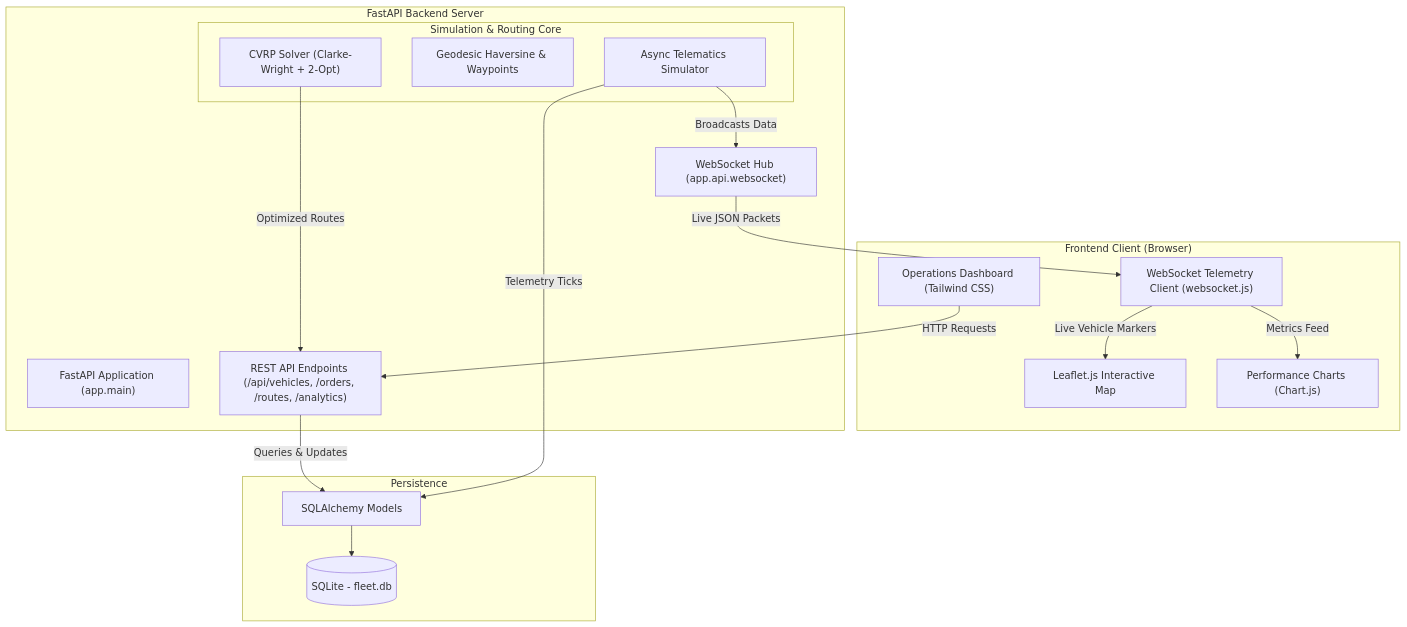
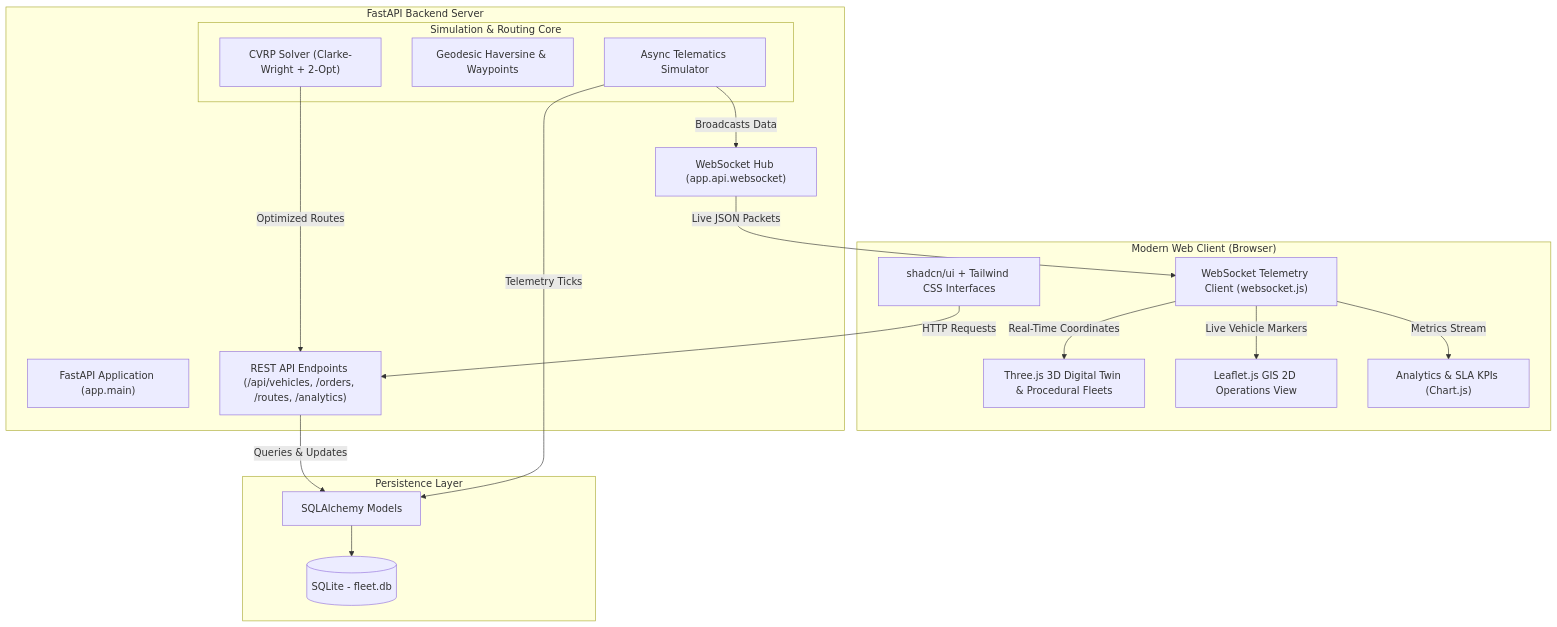
Before and after one commit to sighlars/university-of-ibadan-fleet-management: the diagram in README.md, drawn with Mermaid. The commit also changed other lines of this file and 2 other files, not shown here.

````diff
--- a/README.md
+++ b/README.md
@@ -110,36 +116,38 @@
 ```mermaid
 flowchart TD
-    subgraph Frontend["Frontend Client (Browser)"]
-        UI["Operations Dashboard (Tailwind CSS)"]
-        Map["Leaflet.js Interactive Map"]
+    subgraph Frontend["Modern Web Client (Browser)"]
+        UI["shadcn/ui + Tailwind CSS Interfaces"]
+        Twin["Three.js 3D Digital Twin & Procedural Fleets"]
+        Map["Leaflet.js GIS 2D Operations View"]
         WS["WebSocket Telemetry Client (websocket.js)"]
-        Charts["Performance Charts (Chart.js)"]
+        Charts["Analytics & SLA KPIs (Chart.js)"]
     end
 
     subgraph Backend["FastAPI Backend Server"]
         App["FastAPI Application (app.main)"]
         REST["REST API Endpoints (/api/vehicles, /orders, /routes, /analytics)"]
         WSMgr["WebSocket Hub (app.api.websocket)"]
         
         subgraph Engine["Simulation & Routing Core"]
             CVRP["CVRP Solver (Clarke-Wright + 2-Opt)"]
             Geo["Geodesic Haversine & Waypoints"]
             Sim["Async Telematics Simulator"]
         end
     end
 
-    subgraph Database["Persistence"]
+    subgraph Database["Persistence Layer"]
         DB[(SQLite - fleet.db)]
         ORM["SQLAlchemy Models"]
     end
 
     UI -->|HTTP Requests| REST
     REST -->|Queries & Updates| ORM
     ORM --> DB
     CVRP -->|Optimized Routes| REST
     Sim -->|Telemetry Ticks| ORM
     Sim -->|Broadcasts Data| WSMgr
     WSMgr -->|Live JSON Packets| WS
+    WS -->|Real-Time Coordinates| Twin
     WS -->|Live Vehicle Markers| Map
-    WS -->|Metrics Feed| Charts
+    WS -->|Metrics Stream| Charts
 ```
````
